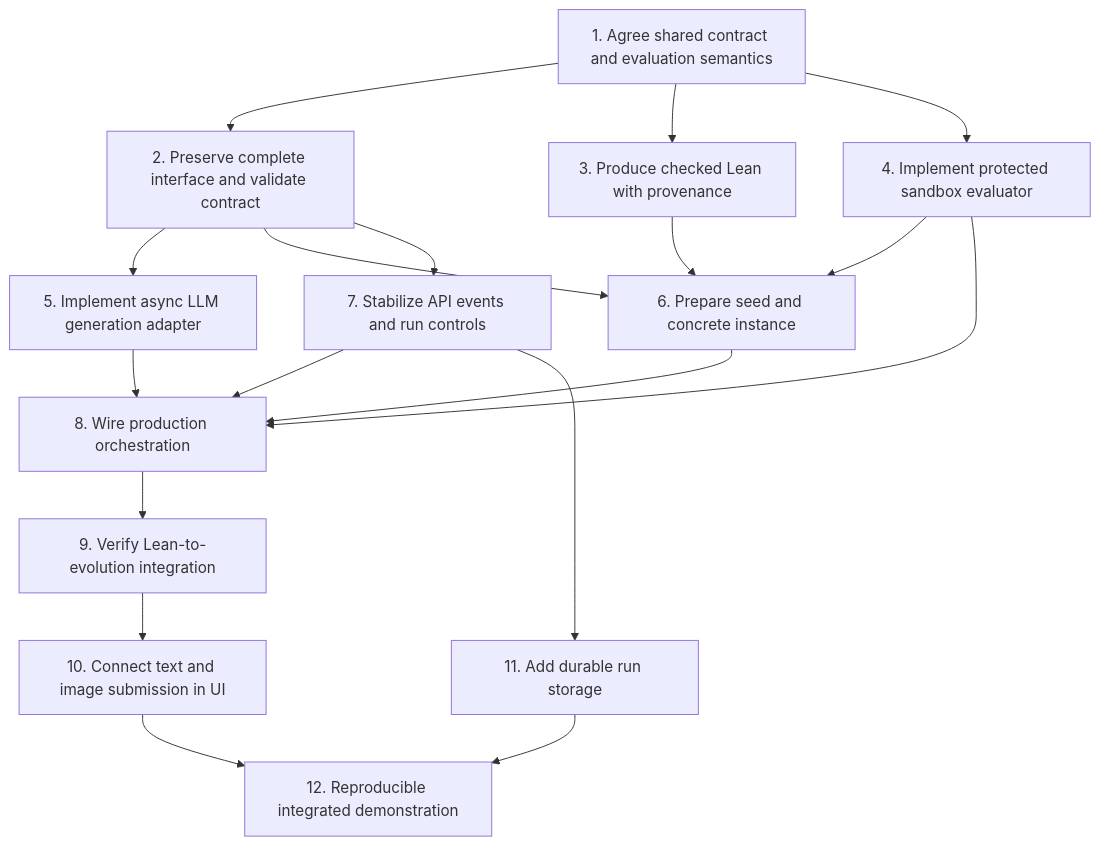
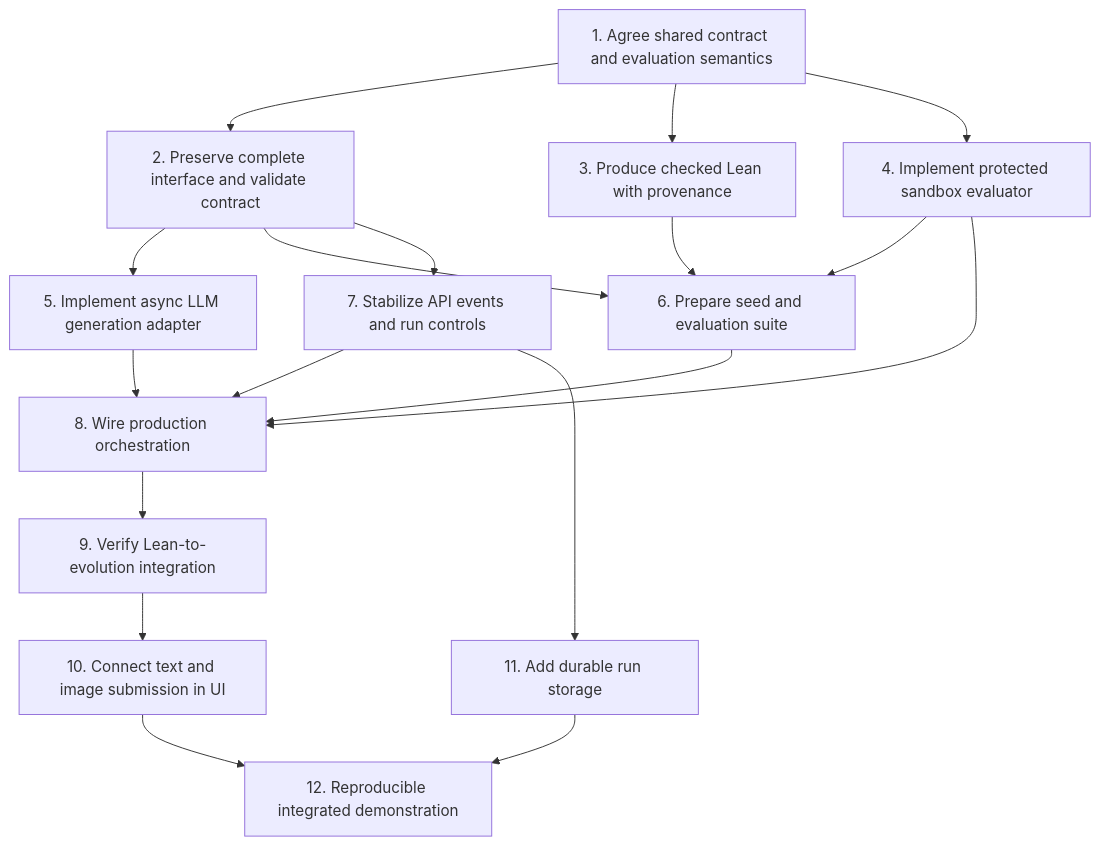
Before and after one commit to Soph1514/Autoresearch_For_Discovery: the diagram in docs/pipeline-next-steps.md, drawn with Mermaid. The commit also changed other lines of this file and 21 other files, not shown here.

````diff
--- a/docs/pipeline-next-steps.md
+++ b/docs/pipeline-next-steps.md
@@ -13,21 +13,21 @@
 ```mermaid
 flowchart TD
     A[1. Agree shared contract and evaluation semantics]
     A --> B[2. Preserve complete interface and validate contract]
     A --> C[3. Produce checked Lean with provenance]
     A --> D[4. Implement protected sandbox evaluator]
     B --> E[5. Implement async LLM generation adapter]
-    B --> F[6. Prepare seed and concrete instance]
+    B --> F[6. Prepare seed and evaluation suite]
     C --> F
     D --> F
     B --> G[7. Stabilize API events and run controls]
     D --> H[8. Wire production orchestration]
     E --> H
     F --> H
     G --> H
     H --> I[9. Verify Lean-to-evolution integration]
     I --> J[10. Connect text and image submission in UI]
     G --> K[11. Add durable run storage]
     J --> L[12. Reproducible integrated demonstration]
     K --> L
 ```
````
